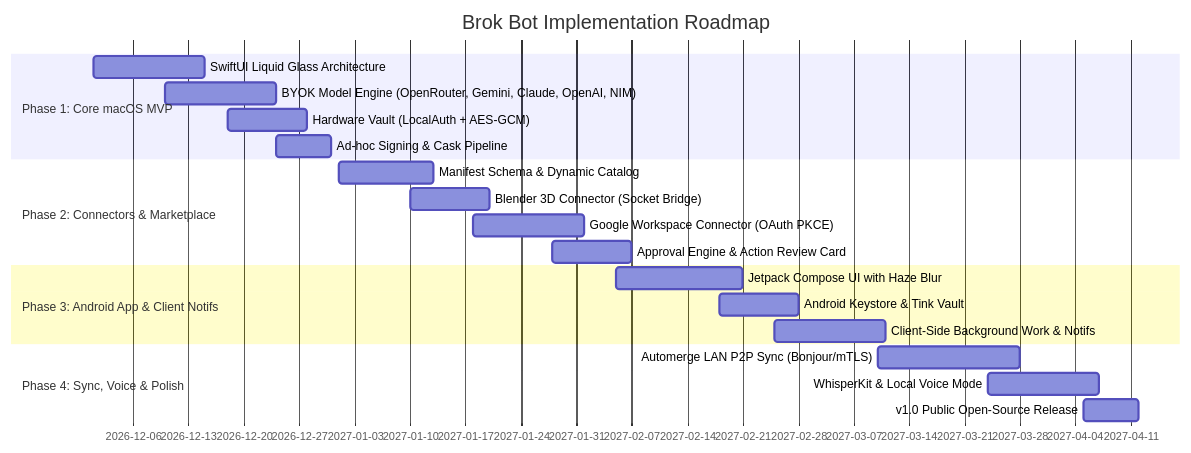
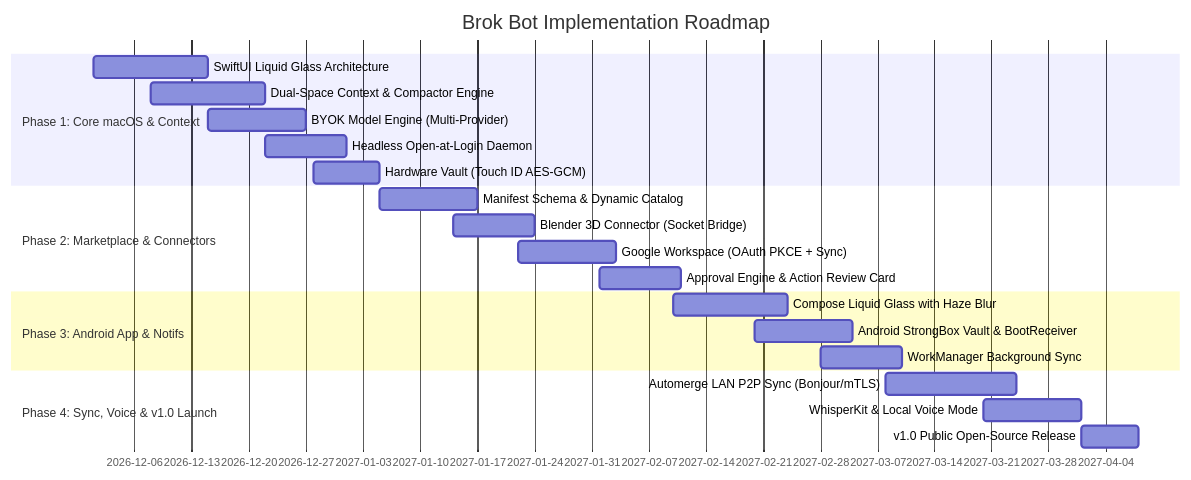
One commit to sam-eer12/prod changed the fourth of 4 diagrams in docs/IMPLEMENTATION_PLAN.md. Above: the diagram before and after it, drawn with Mermaid. The commit also changed other lines of this file and 2 other files, not shown here.

Commit message:
refactor: add dual-space context management, headless login daemon, and compute settings to architecture docs and README

````diff
--- a/docs/IMPLEMENTATION_PLAN.md
+++ b/docs/IMPLEMENTATION_PLAN.md
@@ -335,26 +435,27 @@
 ```mermaid
 gantt
     title Brok Bot Implementation Roadmap
     dateFormat  YYYY-MM-DD
-    section Phase 1: Core macOS MVP
+    section Phase 1: Core macOS & Context
     SwiftUI Liquid Glass Architecture    :2026-12-01, 14d
-    BYOK Model Engine (OpenRouter, Gemini, Claude, OpenAI, NIM) :2026-12-10, 14d
-    Hardware Vault (LocalAuth + AES-GCM) :2026-12-18, 10d
-    Ad-hoc Signing & Cask Pipeline       :2026-12-24, 7d
+    Dual-Space Context & Compactor Engine:2026-12-08, 14d
+    BYOK Model Engine (Multi-Provider)   :2026-12-15, 12d
+    Headless Open-at-Login Daemon        :2026-12-22, 10d
+    Hardware Vault (Touch ID AES-GCM)    :2026-12-28, 8d
 
-    section Phase 2: Connectors & Marketplace
-    Manifest Schema & Dynamic Catalog    :2027-01-01, 12d
-    Blender 3D Connector (Socket Bridge) :2027-01-10, 10d
-    Google Workspace Connector (OAuth PKCE) :2027-01-18, 14d
-    Approval Engine & Action Review Card :2027-01-28, 10d
+    section Phase 2: Marketplace & Connectors
+    Manifest Schema & Dynamic Catalog    :2027-01-05, 12d
+    Blender 3D Connector (Socket Bridge) :2027-01-14, 10d
+    Google Workspace (OAuth PKCE + Sync) :2027-01-22, 12d
+    Approval Engine & Action Review Card :2027-02-01, 10d
 
-    section Phase 3: Android App & Client Notifs
-    Jetpack Compose UI with Haze Blur   :2027-02-05, 16d
-    Android Keystore & Tink Vault        :2027-02-18, 10d
-    Client-Side Background Work & Notifs :2027-02-25, 14d
+    section Phase 3: Android App & Notifs
+    Compose Liquid Glass with Haze Blur  :2027-02-10, 14d
+    Android StrongBox Vault & BootReceiver:2027-02-20, 12d
+    WorkManager Background Sync          :2027-02-28, 10d
 
-    section Phase 4: Sync, Voice & Polish
-    Automerge LAN P2P Sync (Bonjour/mTLS):2027-03-10, 18d
-    WhisperKit & Local Voice Mode        :2027-03-24, 14d
-    v1.0 Public Open-Source Release      :2027-04-05, 7d
+    section Phase 4: Sync, Voice & v1.0 Launch
+    Automerge LAN P2P Sync (Bonjour/mTLS):2027-03-08, 16d
+    WhisperKit & Local Voice Mode        :2027-03-20, 12d
+    v1.0 Public Open-Source Release      :2027-04-01, 7d
 ```
````
